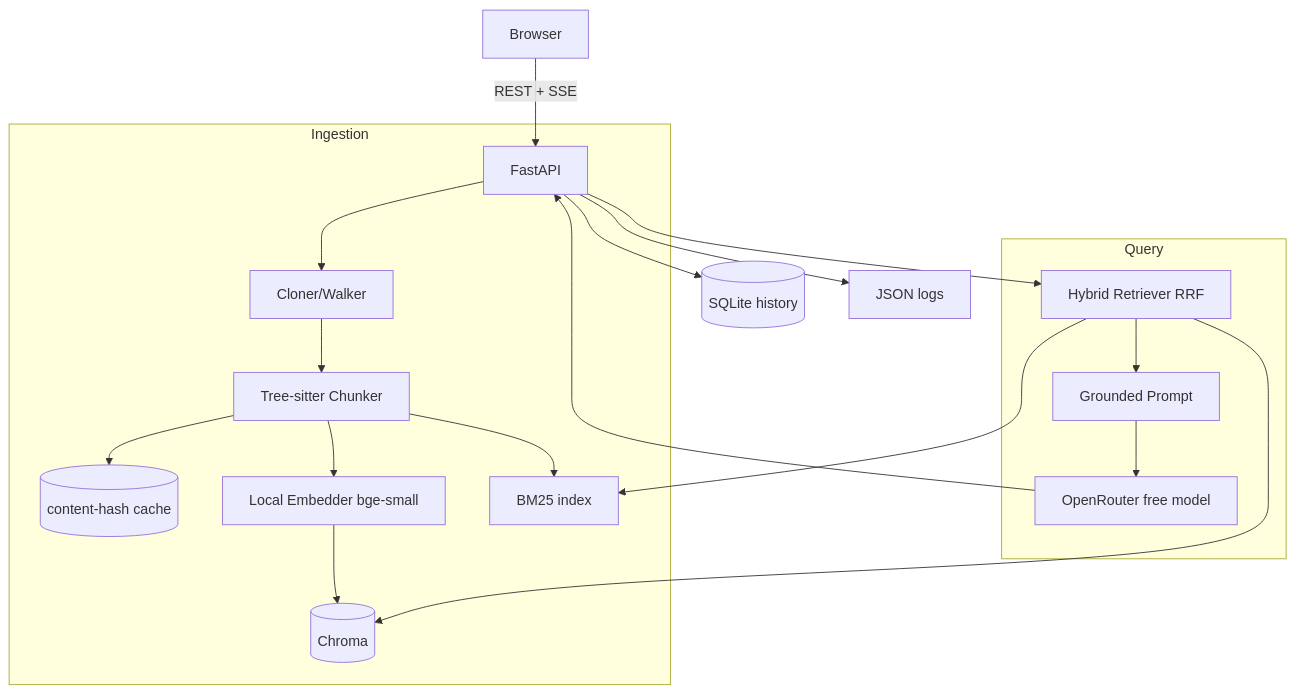
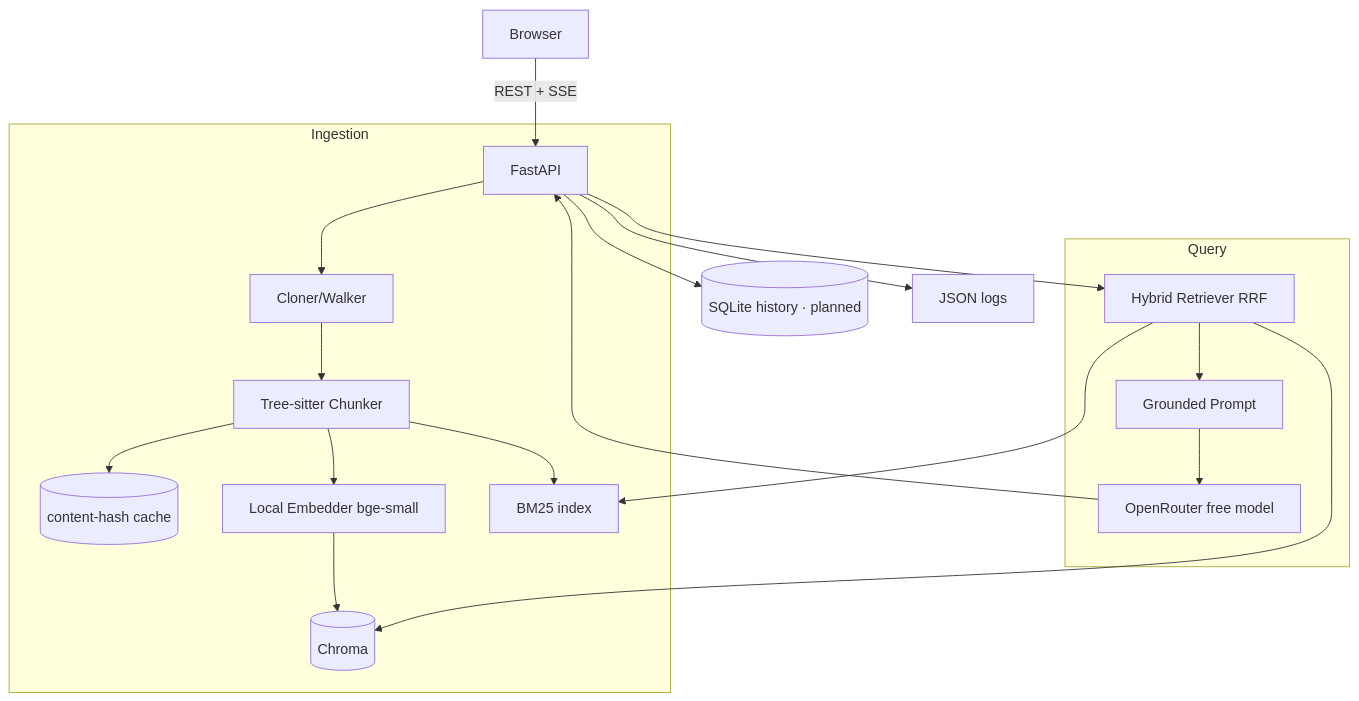
Before and after one commit to Gauthambinoy20/Glyph: the first of 6 diagrams in docs/TECHNICAL_REPORT.md, drawn with Mermaid. The commit also changed other lines of this file and 1 other file, not shown here.

First line of the commit message:
docs: correct stale figures and mark the SQLite layer and rate-limit/length guards as planned

````diff
--- a/docs/TECHNICAL_REPORT.md
+++ b/docs/TECHNICAL_REPORT.md
@@ -64,18 +64,18 @@
 ```mermaid
 graph TD
     U[Browser] -->|REST + SSE| API[FastAPI]
     subgraph Ingestion
       API --> CL[Cloner/Walker] --> CH[Tree-sitter Chunker]
       CH --> CACHE[(content-hash cache)]
       CH --> EM[Local Embedder bge-small] --> VDB[(Chroma)]
       CH --> BM[BM25 index]
     end
     subgraph Query
       API --> RET[Hybrid Retriever RRF] --> VDB
       RET --> BM
       RET --> PB[Grounded Prompt] --> LLM[OpenRouter free model]
       LLM --> API
     end
-    API --> DB[(SQLite history)]
+    API --> DB[(SQLite history · planned)]
     API --> LOG[JSON logs]
 ```
````
